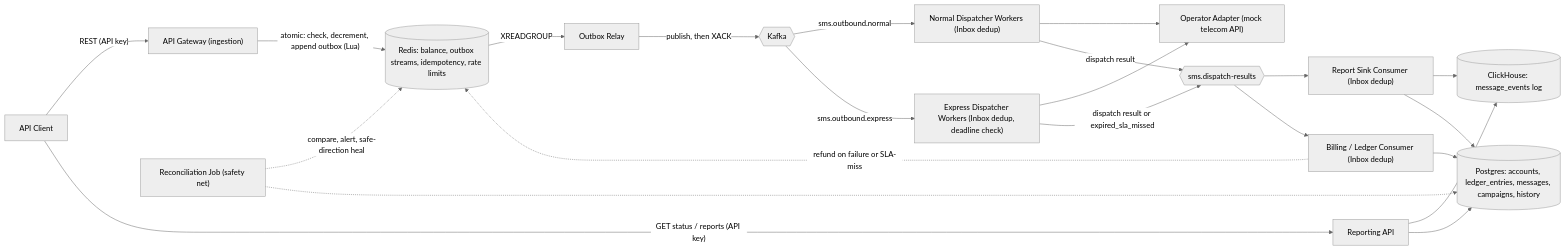
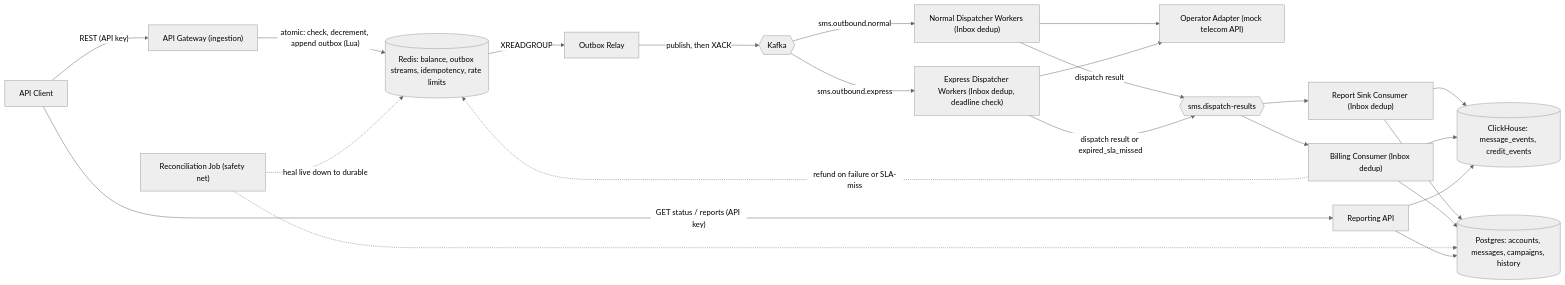
Before and after one commit to amiiirdara/sms-gateway: the diagram in ARCHITECTURE.md, drawn with Mermaid (neutral theme). The commit also changed other lines of this file and 20 other files, not shown here.

First line of the commit message:
Replace ledger vocabulary with live, durable, and credit-log language.

````diff
--- a/ARCHITECTURE.md
+++ b/ARCHITECTURE.md
@@ -84,24 +86,25 @@
 ```mermaid
 flowchart LR
     Client["API Client"] -->|"REST (API key)"| Gateway["API Gateway (ingestion)"]
     Gateway -->|"atomic: check, decrement, append outbox (Lua)"| Redis[("Redis: balance, outbox streams, idempotency, rate limits")]
     Redis -->|"XREADGROUP"| Relay["Outbox Relay"]
     Relay -->|"publish, then XACK"| Kafka{{"Kafka"}}
     Kafka -->|"sms.outbound.normal"| NormalWorkers["Normal Dispatcher Workers (Inbox dedup)"]
     Kafka -->|"sms.outbound.express"| ExpressWorkers["Express Dispatcher Workers (Inbox dedup, deadline check)"]
     NormalWorkers --> OperatorMock["Operator Adapter (mock telecom API)"]
     ExpressWorkers --> OperatorMock
     NormalWorkers -->|"dispatch result"| Results{{"sms.dispatch-results"}}
     ExpressWorkers -->|"dispatch result or expired_sla_missed"| Results
     Results --> ReportSink["Report Sink Consumer (Inbox dedup)"]
-    Results --> Billing["Billing / Ledger Consumer (Inbox dedup)"]
-    ReportSink --> ClickHouse[("ClickHouse: message_events log")]
-    ReportSink --> Postgres[("Postgres: accounts, ledger_entries, messages, campaigns, history")]
+    Results --> Billing["Billing Consumer (Inbox dedup)"]
+    ReportSink --> ClickHouse[("ClickHouse: message_events, credit_events")]
+    ReportSink --> Postgres[("Postgres: accounts, messages, campaigns, history")]
     Billing --> Postgres
+    Billing --> ClickHouse
     Billing -.->|"refund on failure or SLA-miss"| Redis
-    Reconciler["Reconciliation Job (safety net)"] -.->|"compare, alert, safe-direction heal"| Redis
+    Reconciler["Reconciliation Job (safety net)"] -.->|"heal live down to durable"| Redis
     Reconciler -.-> Postgres
     ReportingAPI["Reporting API"] --> ClickHouse
     ReportingAPI --> Postgres
     Client -->|"GET status / reports (API key)"| ReportingAPI
 ```
````
